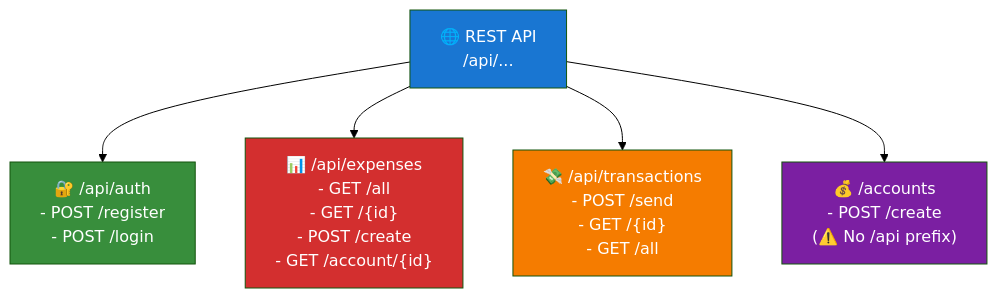
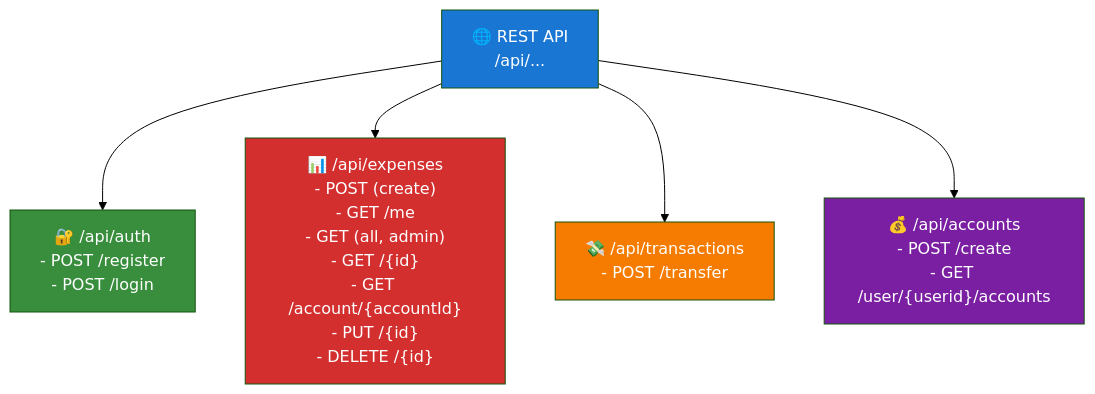
One commit to Bhawesh-007/Phonpe_Manager changed the fifth of 5 diagrams in src/main/java/com/Bhawesh/expense_tracker/architecture/arch.md. Above: the diagram before and after it, drawn with Mermaid (forest theme). The commit also changed other lines of this file and 16 other files, not shown here.

````diff
--- a/src/main/java/com/Bhawesh/expense_tracker/architecture/arch.md
+++ b/src/main/java/com/Bhawesh/expense_tracker/architecture/arch.md
@@ -216,23 +233,23 @@
 ```mermaid
 graph TD
     API["🌐 REST API<br/>/api/..."]
-    
+
     AUTH["🔐 /api/auth<br/>- POST /register<br/>- POST /login"]
-    
-    EXPENSE["📊 /api/expenses<br/>- GET /all<br/>- GET /{id}<br/>- POST /create<br/>- GET /account/{id}"]
-    
-    TRANSACTION["💸 /api/transactions<br/>- POST /send<br/>- GET /{id}<br/>- GET /all"]
-    
-    ACCOUNT["💰 /accounts<br/>- POST /create<br/>(⚠️ No /api prefix)"]
-    
+
+    EXPENSE["📊 /api/expenses<br/>- POST (create)<br/>- GET /me<br/>- GET (all, admin)<br/>- GET /{id}<br/>- GET /account/{accountId}<br/>- PUT /{id}<br/>- DELETE /{id}"]
+
+    TRANSACTION["💸 /api/transactions<br/>- POST /transfer"]
+
+    ACCOUNT["💰 /api/accounts<br/>- POST /create<br/>- GET /user/{userid}/accounts"]
+
     API --> AUTH
     API --> EXPENSE
     API --> TRANSACTION
     API --> ACCOUNT
-    
+
     style API fill:#1976d2,color:#fff
     style AUTH fill:#388e3c,color:#fff
     style EXPENSE fill:#d32f2f,color:#fff
     style TRANSACTION fill:#f57c00,color:#fff
     style ACCOUNT fill:#7b1fa2,color:#fff
 ```
````
